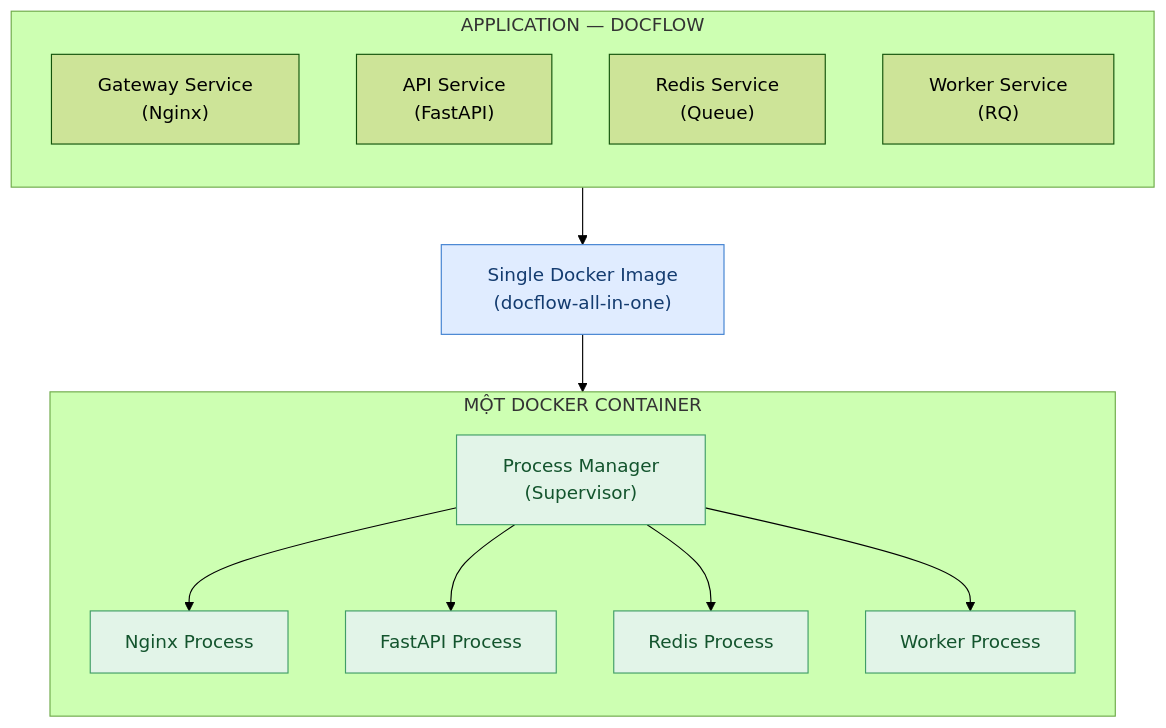
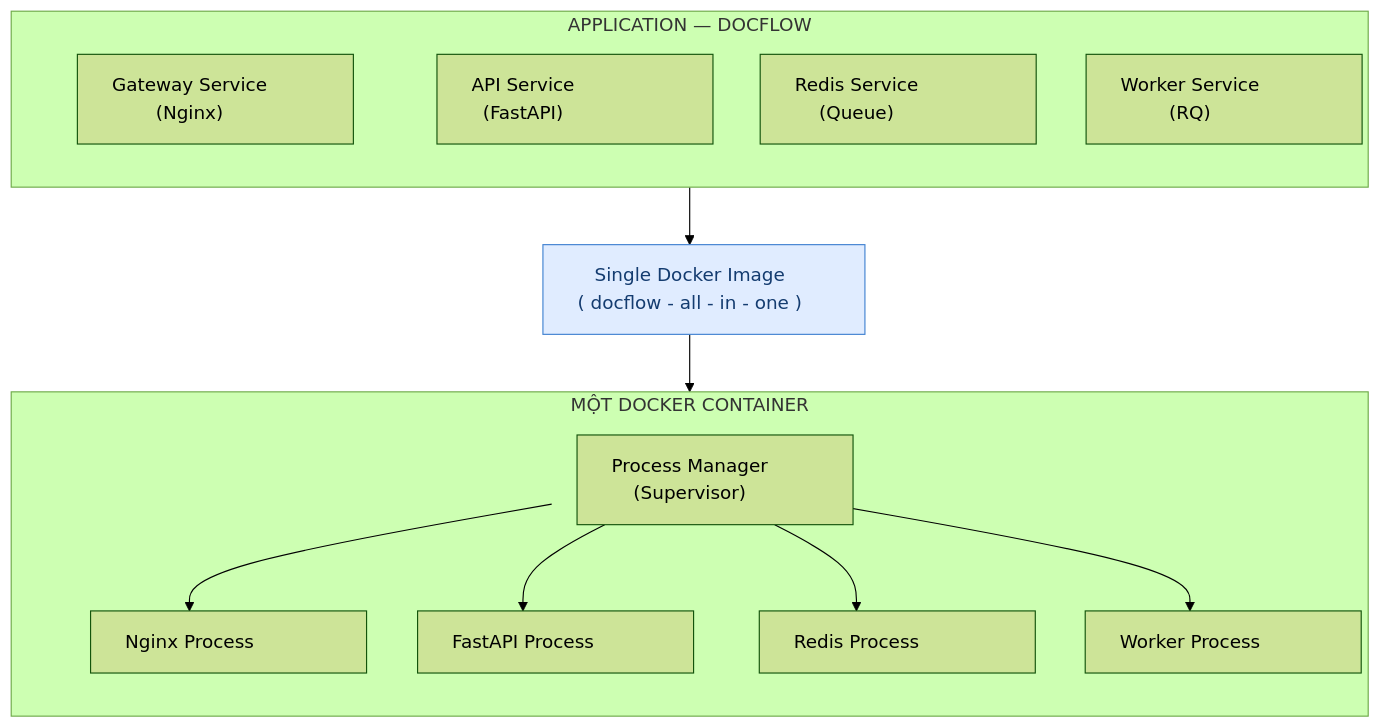
The second of 2 diagrams in README.md (TranKiet146/docflow_SOA_Seminar), drawn with Mermaid (forest theme) before and after one commit.

Commit message:
presentation diagram update

````diff
--- a/README.md
+++ b/README.md
@@ -415,33 +415,39 @@
 ```mermaid
 flowchart TB
     subgraph S["APPLICATION — DOCFLOW"]
         direction TB
-        A["&nbsp;&nbsp;Gateway Service&nbsp;&nbsp;<br/>(Nginx)"]
-        B["&nbsp;&nbsp;API Service&nbsp;&nbsp;<br/>(FastAPI)"]
-        C["&nbsp;&nbsp;Redis Service&nbsp;&nbsp;<br/>(Queue)"]
-        D["&nbsp;&nbsp;Worker Service&nbsp;&nbsp;<br/>(RQ)"]
+        A["Gateway Service<br/>(Nginx)"]
+        B["API Service<br/>(FastAPI)"]
+        C["Redis Service<br/>(Queue)"]
+        D["Worker Service<br/>(RQ)"]
     end
 
-    I["&nbsp;&nbsp;Single Docker Image&nbsp;&nbsp;<br/>&nbsp;&nbsp;(docflow-all-in-one)&nbsp;&nbsp;"]
+    I["Single Docker Image<br/>( docflow - all - in - one )"]
 
     subgraph K["MỘT DOCKER CONTAINER"]
         direction TB
-        P["&nbsp;&nbsp;Process Manager&nbsp;&nbsp;<br/>(Supervisor)"]
+        P["Process Manager<br/>(Supervisor)"]
         N["Nginx Process"]
         F["FastAPI Process"]
         R["Redis Process"]
         W["Worker Process"]
         P --> N
         P --> F
         P --> R
         P --> W
     end
 
     S --> I
     I --> K
 
-    classDef image fill:#e0ecff,stroke:#4182d1,color:#143c70
-    classDef container fill:#e2f4e8,stroke:#419d67,color:#13542d
-    class I image
-    class P,N,F,R,W container
+    style I fill:#e0ecff,stroke:#4182d1,color:#143c70,width:280px
+    style A width:240px
+    style B width:240px
+    style C width:240px
+    style D width:240px
+    style P width:240px
+    style N width:240px
+    style F width:240px
+    style R width:240px
+    style W width:240px
 ```
````
